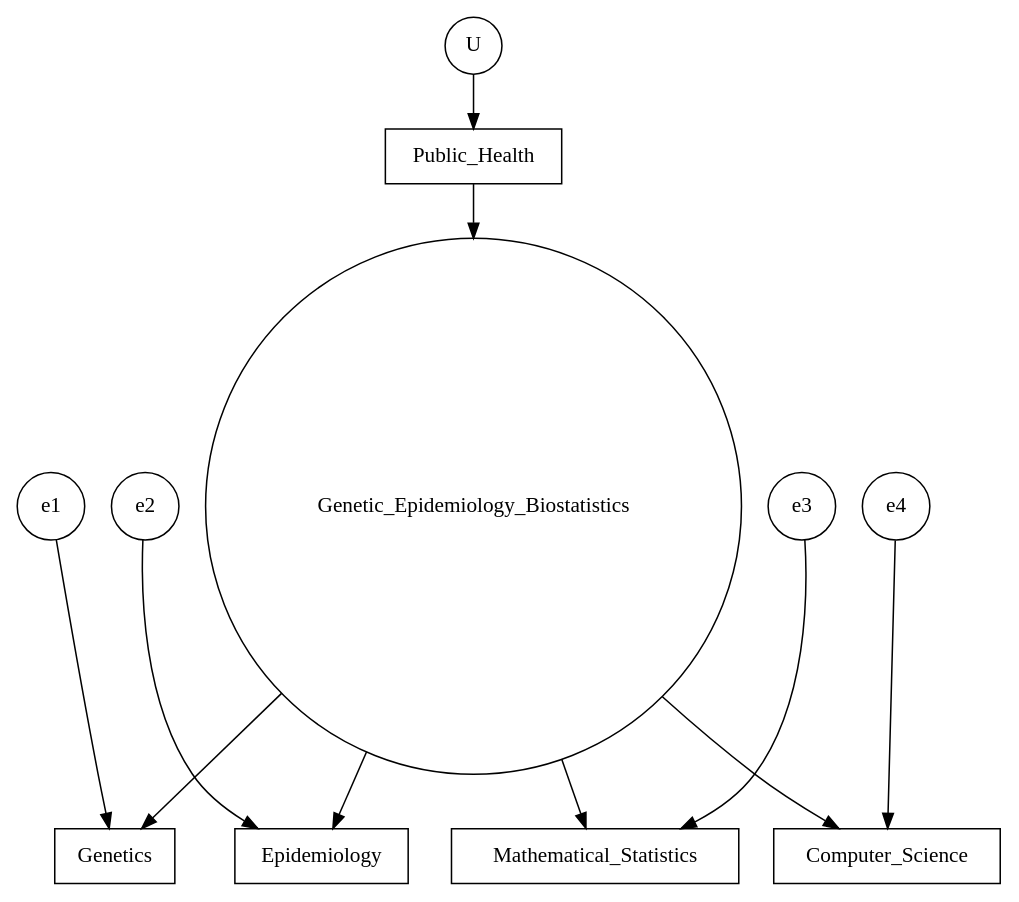
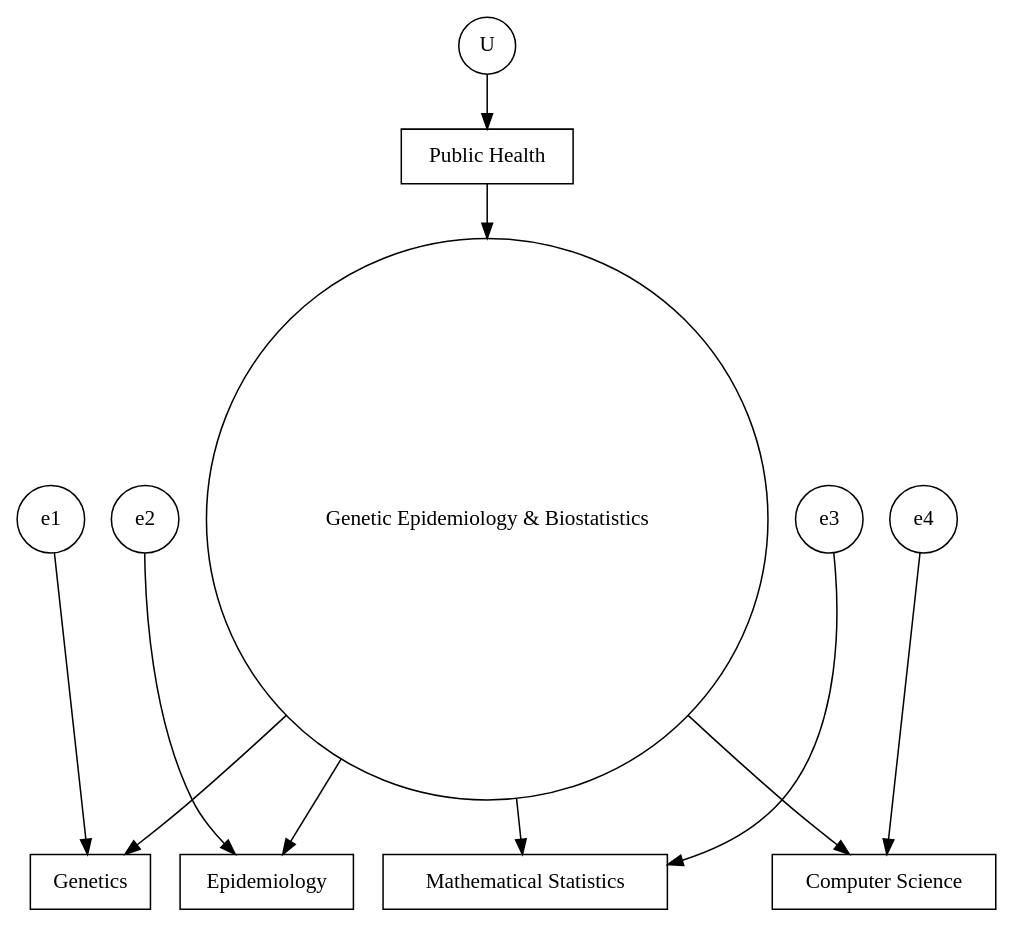
Before and after one commit to jinghuazhao/jinghuazhao.github.io: the diagram in docs/grViz.gv, drawn with Graphviz.

```diff
--- a/docs/grViz.gv
+++ b/docs/grViz.gv
@@ -1,20 +1,24 @@
 digraph G {
 graph [overlap=true]
 
 node [shape=circle]
-Genetic_Epidemiology_Biostatistics; e1; e2; e3; e4; U
+B [label="Genetic Epidemiology & Biostatistics"]; e1; e2; e3; e4; U
  
 node [shape=box]
-Genetics; Epidemiology; Mathematical_Statistics; Computer_Science; Public_Health
+F1 [label="Genetics"]
+F2 [label="Epidemiology"]
+F3 [label="Mathematical Statistics"]
+F4 [label="Computer Science"]
+A [label="Public Health"]
 
-Public_Health -> Genetic_Epidemiology_Biostatistics
-U -> Public_Health
-e1 -> Genetics
-e2 -> Epidemiology
-e3 -> Mathematical_Statistics
-e4 -> Computer_Science
-Genetic_Epidemiology_Biostatistics -> Genetics
-Genetic_Epidemiology_Biostatistics-> Epidemiology
-Genetic_Epidemiology_Biostatistics -> Mathematical_Statistics
-Genetic_Epidemiology_Biostatistics -> Computer_Science
+U -> A
+A -> B
+e1 -> F1
+e2 -> F2
+e3 -> F3
+e4 -> F4
+B -> F1
+B -> F2
+B -> F3
+B -> F4
 }
```
